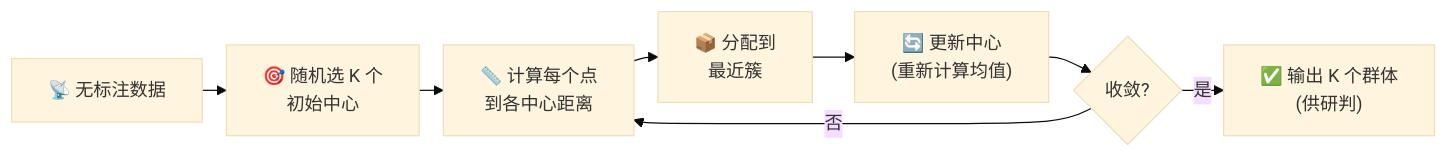
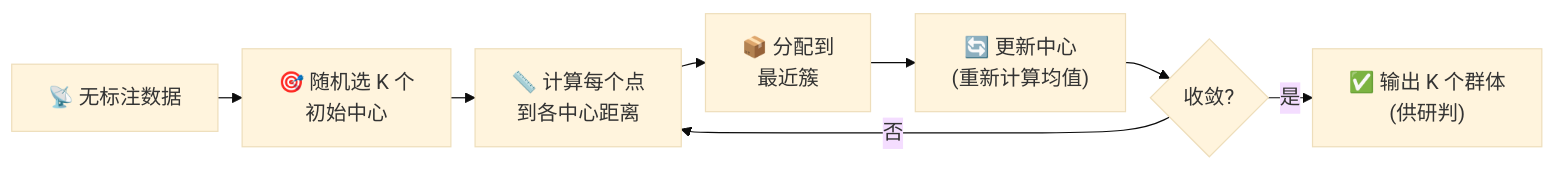
Before and after one commit to YangYibiao/yangyibiao.github.io: the second of 3 diagrams in datamining/slides/03_kmeans.md, drawn with Mermaid. The commit also changed other lines of this file and 13 other files, not shown here.

First line of the commit message:
datamining: add course index page; polish decks (layout, emphasis, font-size floor)

````diff
--- a/datamining/slides/03_kmeans.md
+++ b/datamining/slides/03_kmeans.md
@@ -300,12 +302,12 @@
 ```mermaid
-%%{init: { 'theme': 'base', 'themeVariables': { 'fontSize': '15px' }, 'flowchart': { 'htmlLabels': true, 'nodeSpacing': 15, 'rankSpacing': 20 } } }%%
+%%{init: { 'theme': 'base', 'themeVariables': { 'fontSize': '17px', 'fontFamily': 'LXGWWenKai, \"Noto Sans SC\", sans-serif' }, 'flowchart': { 'nodeSpacing': 15, 'rankSpacing': 20 } } }%%
 flowchart LR
     A["📡 无标注数据"]
     --> B["🎯 随机选 K 个<br/>初始中心"]
     --> C["📏 计算每个点<br/>到各中心距离"]
     --> D["📦 分配到<br/>最近簇"]
     --> E["🔄 更新中心<br/>(重新计算均值)"]
     --> F{"收敛?"}
     F -->|否| C
     F -->|是| G["✅ 输出 K 个群体<br/>(供研判)"]
 ```
````
